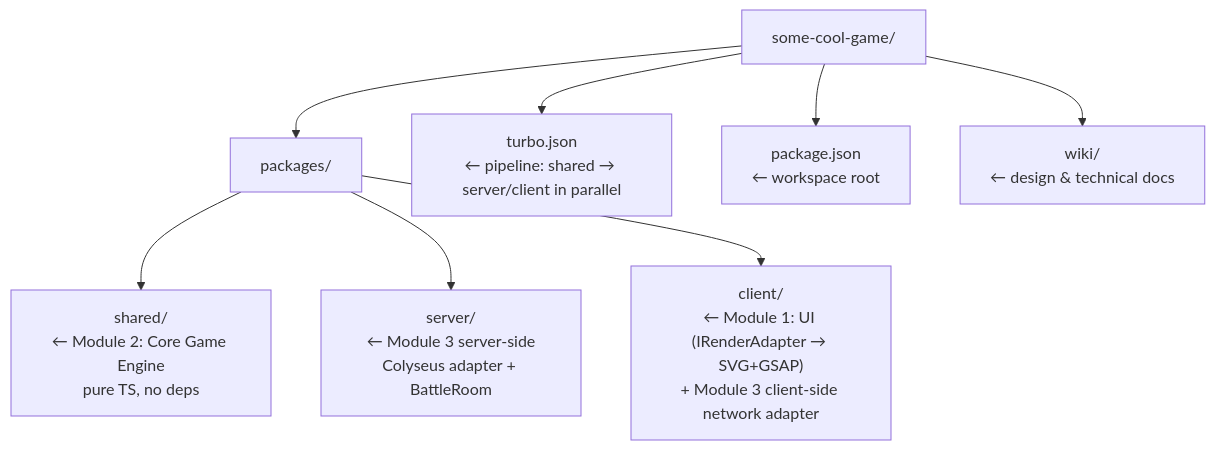
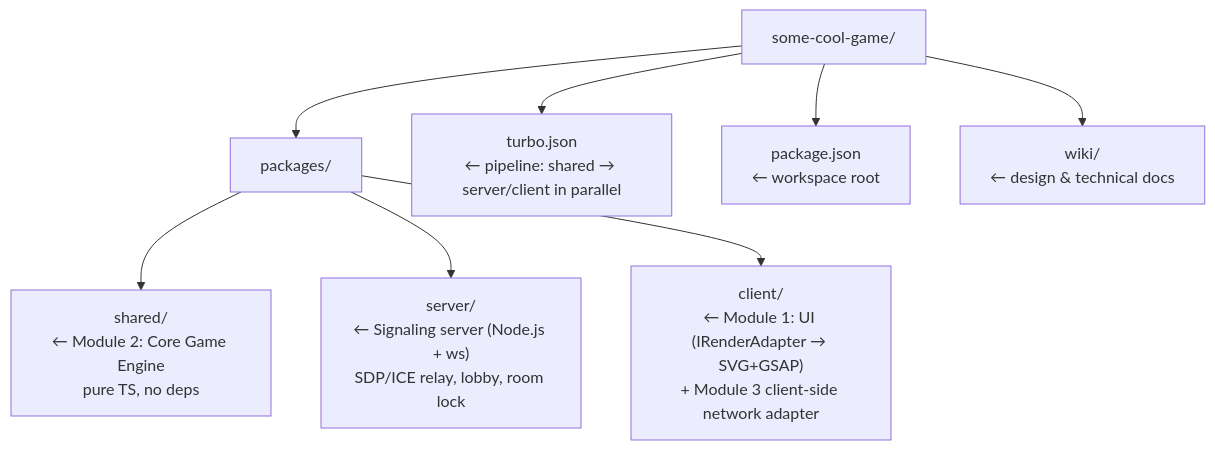
One commit to MintBee/some-cool-game changed the fifth of 5 diagrams in wiki/technical_spec.md. Above: the diagram before and after it, drawn with Mermaid. The commit also changed other lines of this file and 1 other file, not shown here.

First line of the commit message:
docs(wiki): switch MVP networking from Colyseus to WebRTC P2P

````diff
--- a/wiki/technical_spec.md
+++ b/wiki/technical_spec.md
@@ -317,18 +332,18 @@
 ```mermaid
 flowchart TD
     root["some-cool-game/"]
     packages["packages/"]
     shared["shared/\n← Module 2: Core Game Engine\npure TS, no deps"]
-    server["server/\n← Module 3 server-side\nColyseus adapter + BattleRoom"]
+    server["server/\n← Signaling server (Node.js + ws)\nSDP/ICE relay, lobby, room lock"]
     client["client/\n← Module 1: UI (IRenderAdapter → SVG+GSAP)\n+ Module 3 client-side network adapter"]
     turbo["turbo.json\n← pipeline: shared → server/client in parallel"]
     pkgjson["package.json\n← workspace root"]
     wiki["wiki/\n← design & technical docs"]
     root --> packages
     root --> turbo
     root --> pkgjson
     root --> wiki
     packages --> shared
     packages --> server
     packages --> client
 ```
````
